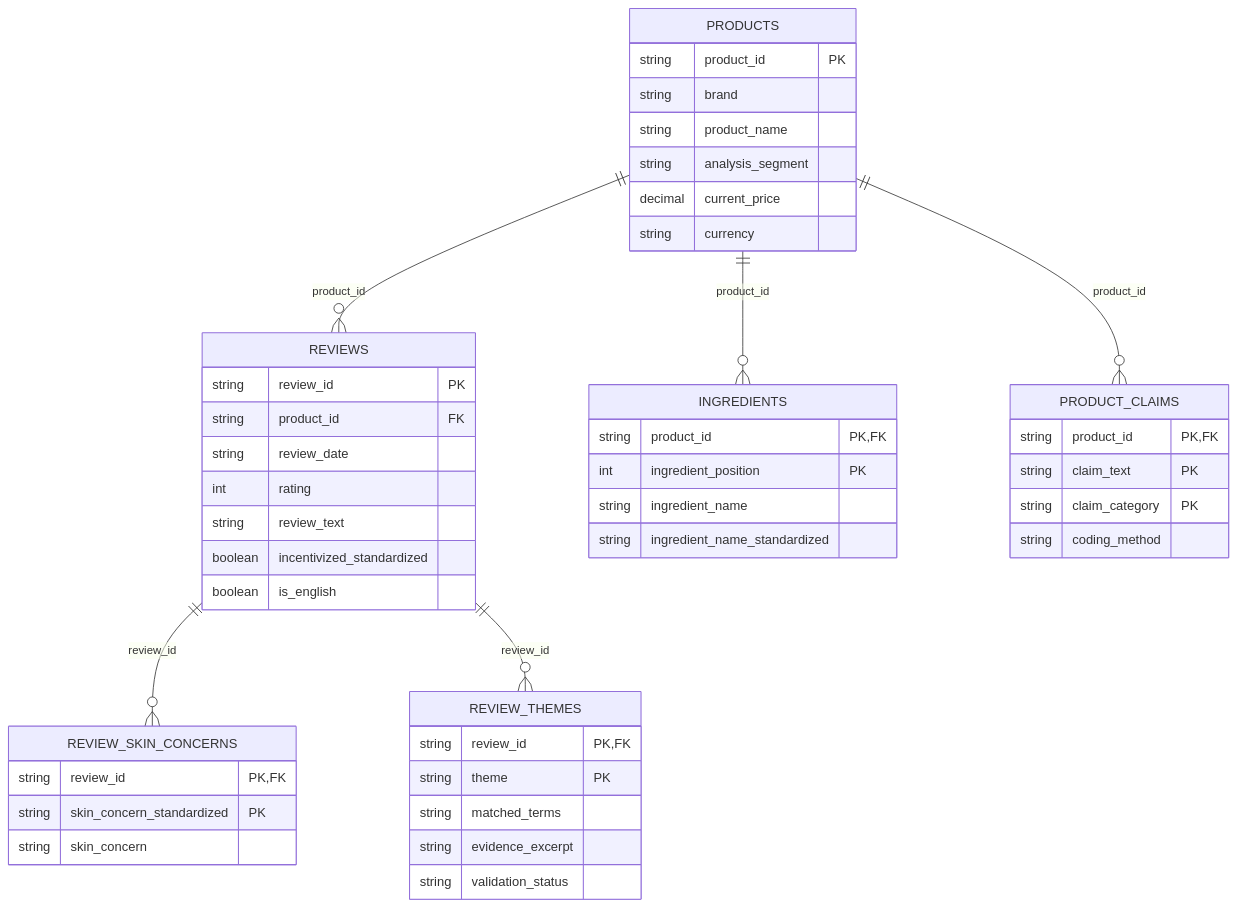
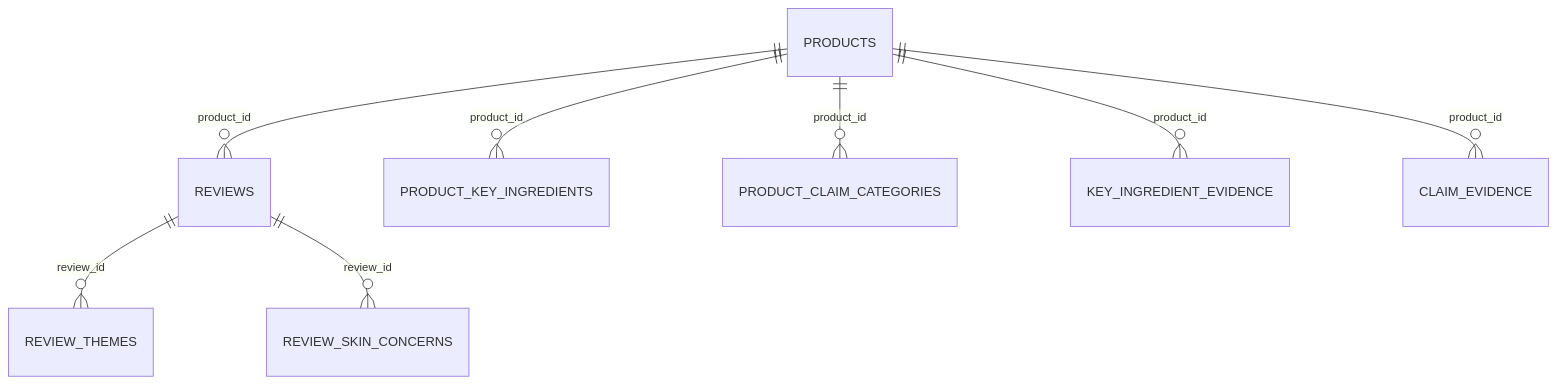
The diagram in README.md (ines-hdjm/k-beauty-consumer-insights), drawn with Mermaid before and after one commit. The commit also changed other lines of this file and 13 other files, not shown here.

Commit message:
Publish November dashboard and revised ingredient/claim notebook workflow

````diff
--- a/README.md
+++ b/README.md
@@ -85,50 +97,10 @@
 ```mermaid
 erDiagram
-    PRODUCTS ||--o{ REVIEWS : "product_id"
-    PRODUCTS ||--o{ INGREDIENTS : "product_id"
-    PRODUCTS ||--o{ PRODUCT_CLAIMS : "product_id"
-    REVIEWS ||--o{ REVIEW_SKIN_CONCERNS : "review_id"
-    REVIEWS ||--o{ REVIEW_THEMES : "review_id"
-
-    PRODUCTS {
-        string product_id PK
-        string brand
-        string product_name
-        string analysis_segment
-        decimal current_price
-        string currency
-    }
-    REVIEWS {
-        string review_id PK
-        string product_id FK
-        string review_date
-        int rating
-        string review_text
-        boolean incentivized_standardized
-        boolean is_english
-    }
-    INGREDIENTS {
-        string product_id PK,FK
-        int ingredient_position PK
-        string ingredient_name
-        string ingredient_name_standardized
-    }
-    PRODUCT_CLAIMS {
-        string product_id PK,FK
-        string claim_text PK
-        string claim_category PK
-        string coding_method
-    }
-    REVIEW_SKIN_CONCERNS {
-        string review_id PK,FK
-        string skin_concern_standardized PK
-        string skin_concern
-    }
-    REVIEW_THEMES {
-        string review_id PK,FK
-        string theme PK
-        string matched_terms
-        string evidence_excerpt
-        string validation_status
-    }
+    PRODUCTS ||--o{ REVIEWS : product_id
+    PRODUCTS ||--o{ PRODUCT_KEY_INGREDIENTS : product_id
+    PRODUCTS ||--o{ PRODUCT_CLAIM_CATEGORIES : product_id
+    PRODUCTS ||--o{ KEY_INGREDIENT_EVIDENCE : product_id
+    PRODUCTS ||--o{ CLAIM_EVIDENCE : product_id
+    REVIEWS ||--o{ REVIEW_THEMES : review_id
+    REVIEWS ||--o{ REVIEW_SKIN_CONCERNS : review_id
 ```
````
